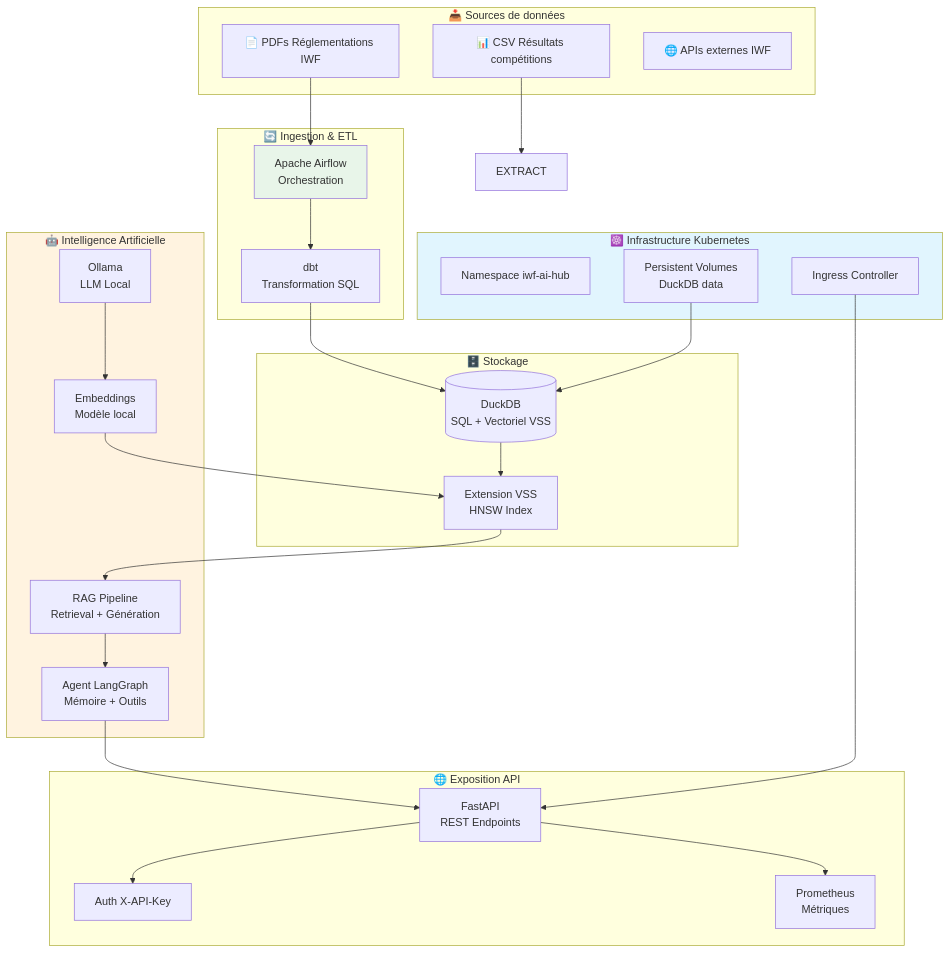
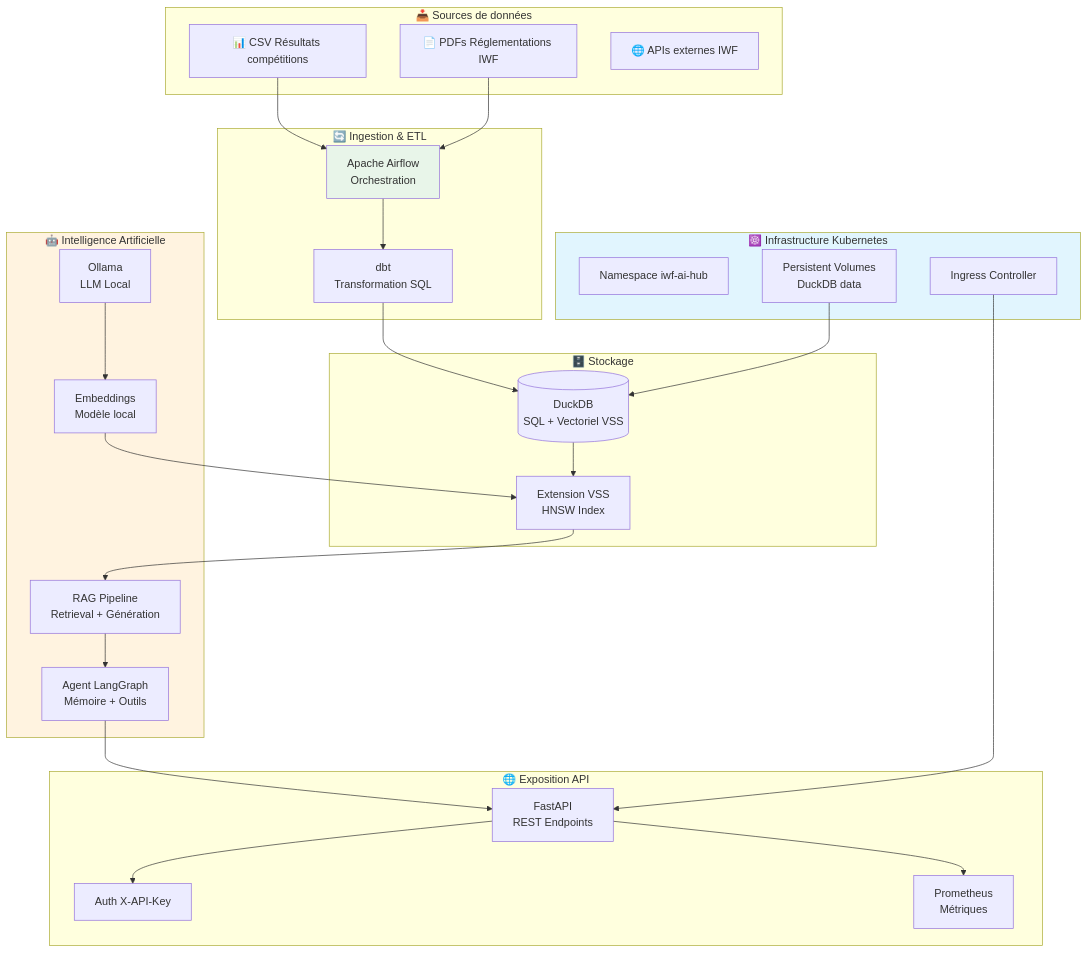
One commit to gautbl/iwf-ai-hub changed the diagram in README.md. Above: the diagram before and after it, drawn with Mermaid.

````diff
--- a/README.md
+++ b/README.md
@@ -24,60 +24,60 @@
 ```mermaid
 graph TB
 
     subgraph DataSources["📥 Sources de données"]
         PDF[📄 PDFs Réglementations IWF]
         CSV[📊 CSV Résultats compétitions]
         API_EXT[🌐 APIs externes IWF]
     end
 
     subgraph Ingestion["🔄 Ingestion & ETL"]
         AIRFLOW[Apache Airflow<br/>Orchestration]
         DBT[dbt<br/>Transformation SQL]
     end
 
     subgraph Storage["🗄️ Stockage"]
         DUCKDB[(DuckDB<br/>SQL + Vectoriel VSS)]
         VSS[Extension VSS<br/>HNSW Index]
     end
 
     subgraph AI["🤖 Intelligence Artificielle"]
         OLLAMA[Ollama<br/>LLM Local]
         EMBED[Embeddings<br/>Modèle local]
         RAG[RAG Pipeline<br/>Retrieval + Génération]
         AGENT[Agent LangGraph<br/>Mémoire + Outils]
     end
 
     subgraph API["🌐 Exposition API"]
         FASTAPI[FastAPI<br/>REST Endpoints]
         AUTH[Auth X-API-Key]
         MONITOR[Prometheus<br/>Métriques]
     end
 
     subgraph K8s["☸️ Infrastructure Kubernetes"]
         NS[Namespace iwf-ai-hub]
         INGRESS[Ingress Controller]
         PV[Persistent Volumes<br/>DuckDB data]
     end
 
-    CSV --> EXTRACT
+    CSV --> AIRFLOW
     PDF --> AIRFLOW
     AIRFLOW --> DBT
     DBT --> DUCKDB
     
     DUCKDB --> VSS
     VSS --> RAG
     OLLAMA --> EMBED
     EMBED --> VSS
     RAG --> AGENT
     
     AGENT --> FASTAPI
     FASTAPI --> AUTH
     FASTAPI --> MONITOR
     
     INGRESS --> FASTAPI
     PV --> DUCKDB
     
     style K8s fill:#e1f5fe
     style AI fill:#fff3e0
     style AIRFLOW fill:#e8f5e9
 ```
````
